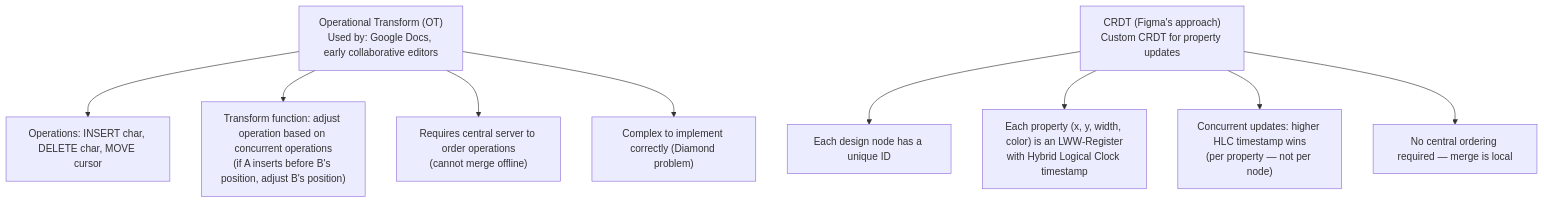
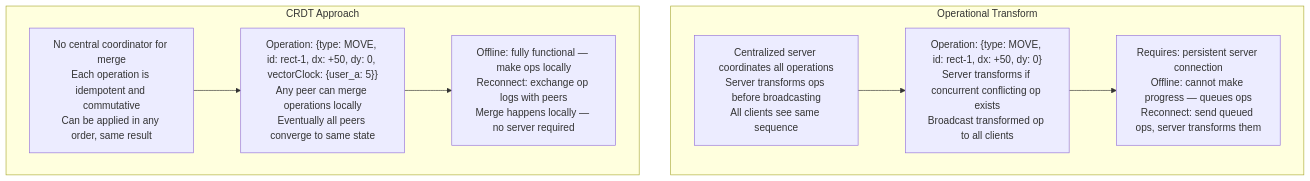
Diagram 12 of 14 in docs-site/content/12-interview-prep/question-bank/mobile-architecture/offline-first-sync.md (gauravprwl14/system-design-course), drawn with Mermaid before and after one commit. The commit also changed other lines of this file and 194 other files, not shown here.

First line of the commit message:
feat(graph): rebuild linked_from arrays and regenerate KNOWLEDGE-GRAPH.md

````diff
--- a/docs-site/content/12-interview-prep/question-bank/mobile-architecture/offline-first-sync.md
+++ b/docs-site/content/12-interview-prep/question-bank/mobile-architecture/offline-first-sync.md
@@ -323,14 +397,16 @@
 ```mermaid
 graph TD
-  OT["Operational Transform (OT)\nUsed by: Google Docs, early collaborative editors"]
-  OT --> OT1["Operations: INSERT char, DELETE char, MOVE cursor"]
-  OT --> OT2["Transform function: adjust operation based on concurrent operations\n(if A inserts before B's position, adjust B's position)"]
-  OT --> OT3["Requires central server to order operations\n(cannot merge offline)"]
-  OT --> OT4["Complex to implement correctly (Diamond problem)"]
+  subgraph OT["Operational Transform"]
+    OT1["Centralized server coordinates all operations\nServer transforms ops before broadcasting\nAll clients see same sequence"]
+    OT2["Operation: {type: MOVE, id: rect-1, dx: +50, dy: 0}\nServer transforms if concurrent conflicting op exists\nBroadcast transformed op to all clients"]
+    OT3["Requires: persistent server connection\nOffline: cannot make progress — queues ops\nReconnect: send queued ops, server transforms them"]
+    OT1 --> OT2 --> OT3
+  end
 
-  CRDT_F["CRDT (Figma's approach)\nCustom CRDT for property updates"]
-  CRDT_F --> CF1["Each design node has a unique ID"]
-  CRDT_F --> CF2["Each property (x, y, width, color) is an LWW-Register\nwith Hybrid Logical Clock timestamp"]
-  CRDT_F --> CF3["Concurrent updates: higher HLC timestamp wins\n(per property — not per node)"]
-  CRDT_F --> CF4["No central ordering required — merge is local"]
+  subgraph CRDTApproach["CRDT Approach"]
+    C1["No central coordinator for merge\nEach operation is idempotent and commutative\nCan be applied in any order, same result"]
+    C2["Operation: {type: MOVE, id: rect-1, dx: +50, dy: 0, vectorClock: {user_a: 5}}\nAny peer can merge operations locally\nEventually all peers converge to same state"]
+    C3["Offline: fully functional — make ops locally\nReconnect: exchange op logs with peers\nMerge happens locally — no server required"]
+    C1 --> C2 --> C3
+  end
 ```
````
